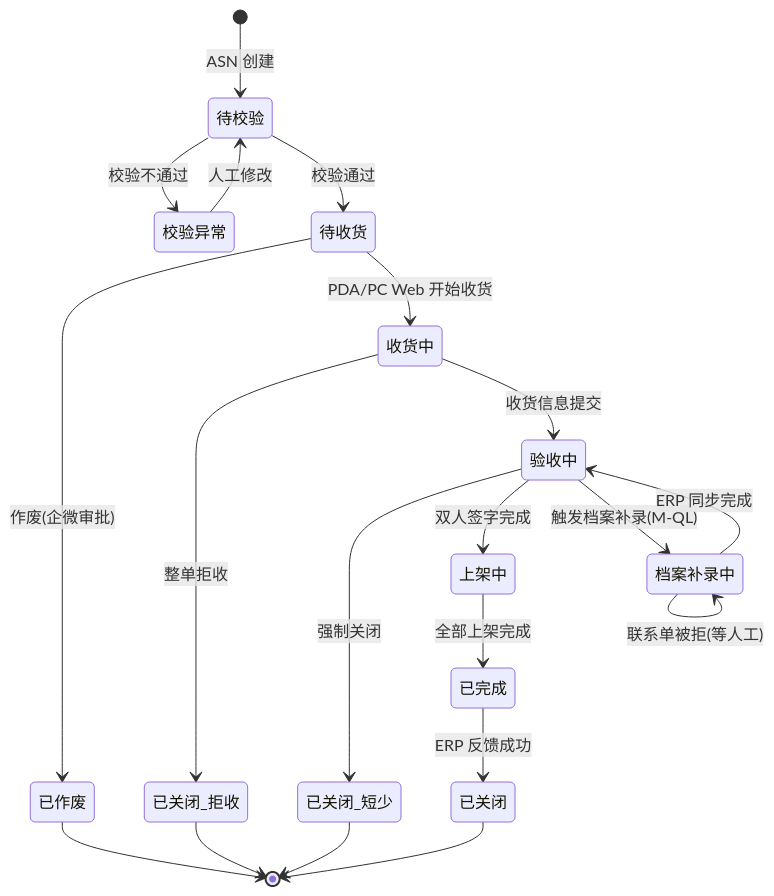
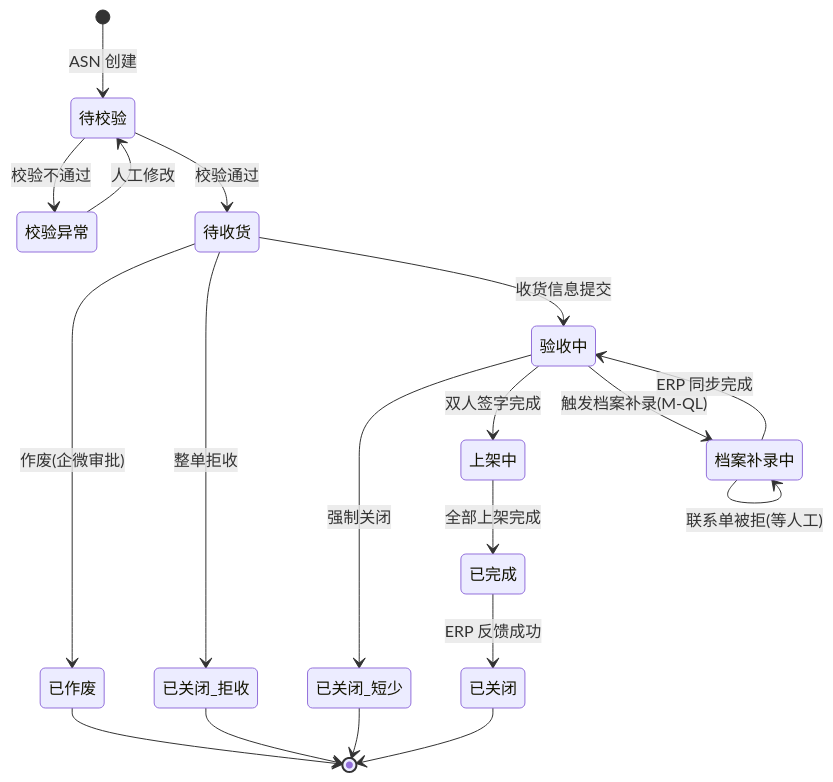
Before and after one commit to births3/wms: the diagram in docs/domain/user-stories-m2-inbound-asn.md, drawn with Mermaid. The commit also changed other lines of this file and 3 other files, not shown here.

````diff
--- a/docs/domain/user-stories-m2-inbound-asn.md
+++ b/docs/domain/user-stories-m2-inbound-asn.md
@@ -14,22 +14,21 @@
     ```mermaid
     stateDiagram-v2
         [*] --> 待校验 : ASN 创建
         待校验 --> 校验异常 : 校验不通过
         校验异常 --> 待校验 : 人工修改
         待校验 --> 待收货 : 校验通过
-        待收货 --> 收货中 : PDA/PC Web 开始收货
+        待收货 --> 验收中 : 收货信息提交
+        待收货 --> 已关闭_拒收 : 整单拒收
         待收货 --> 已作废 : 作废(企微审批)
-        收货中 --> 验收中 : 收货信息提交
-        收货中 --> 已关闭_拒收 : 整单拒收
         验收中 --> 上架中 : 双人签字完成
         验收中 --> 已关闭_短少 : 强制关闭
         验收中 --> 档案补录中 : 触发档案补录(M-QL)
         档案补录中 --> 验收中 : ERP 同步完成
         档案补录中 --> 档案补录中 : 联系单被拒(等人工)
         上架中 --> 已完成 : 全部上架完成
         已完成 --> 已关闭 : ERP 反馈成功
         已作废 --> [*]
         已关闭_拒收 --> [*]
         已关闭_短少 --> [*]
         已关闭 --> [*]
     ```
````
